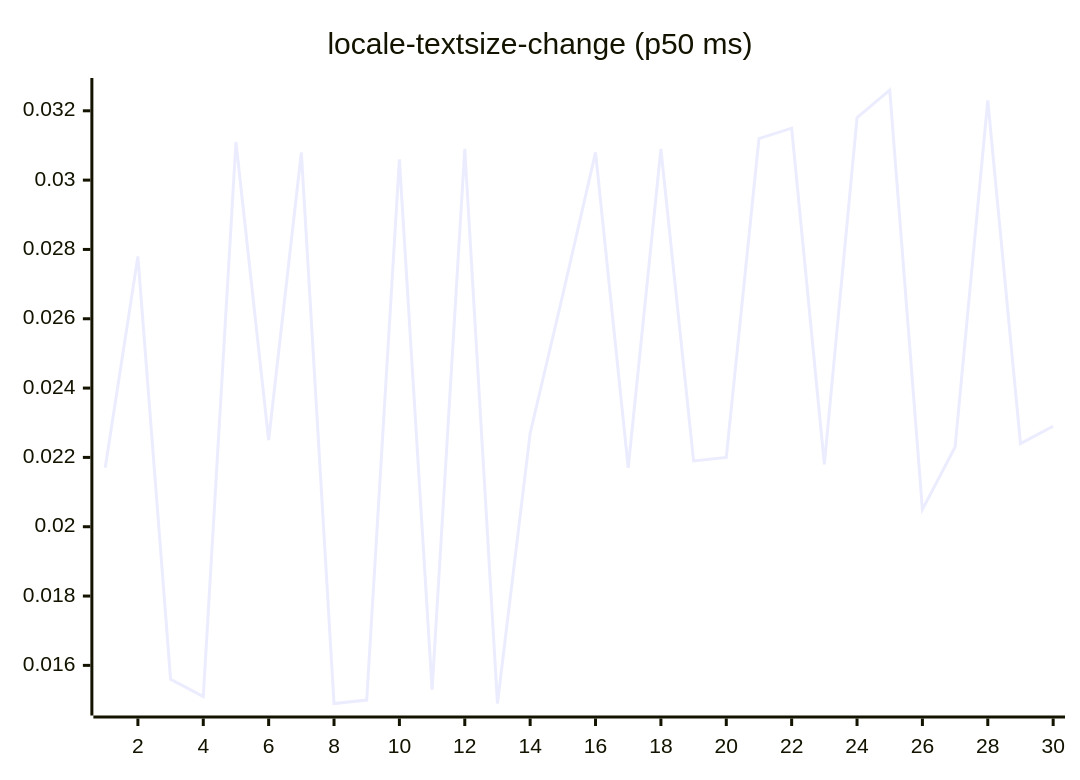
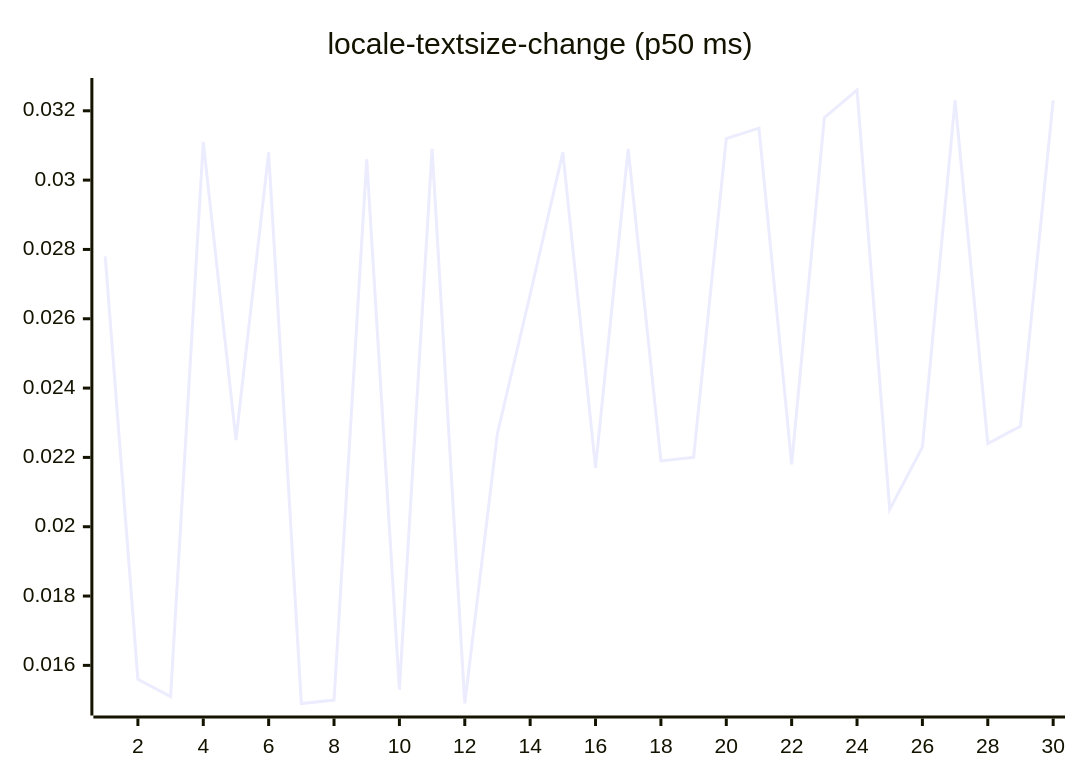
Before and after one commit to josha/Facet: diagram 13 of 27 in README.md, drawn with Mermaid. The commit also changed other lines of this file and 2 other files, not shown here.

````diff
--- a/README.md
+++ b/README.md
@@ -147,6 +147,6 @@
 ```mermaid
 xychart-beta
     title "locale-textsize-change (p50 ms)"
     x-axis 1 --> 30
-    line [0.0217, 0.0278, 0.0156, 0.0151, 0.0311, 0.0225, 0.0308, 0.0149, 0.0150, 0.0306, 0.0153, 0.0309, 0.0149, 0.0227, 0.0267, 0.0308, 0.0217, 0.0309, 0.0219, 0.0220, 0.0312, 0.0315, 0.0218, 0.0318, 0.0326, 0.0205, 0.0223, 0.0323, 0.0224, 0.0229]
+    line [0.0278, 0.0156, 0.0151, 0.0311, 0.0225, 0.0308, 0.0149, 0.0150, 0.0306, 0.0153, 0.0309, 0.0149, 0.0227, 0.0267, 0.0308, 0.0217, 0.0309, 0.0219, 0.0220, 0.0312, 0.0315, 0.0218, 0.0318, 0.0326, 0.0205, 0.0223, 0.0323, 0.0224, 0.0229, 0.0323]
 ```
````
